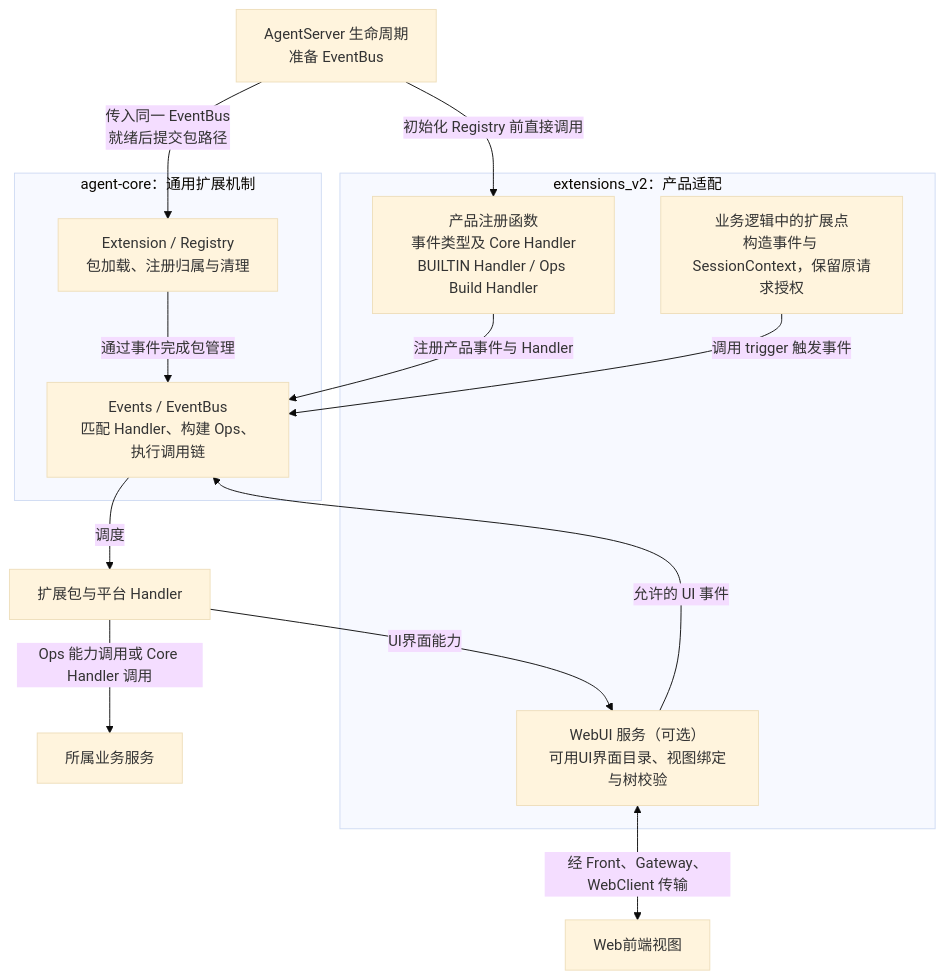
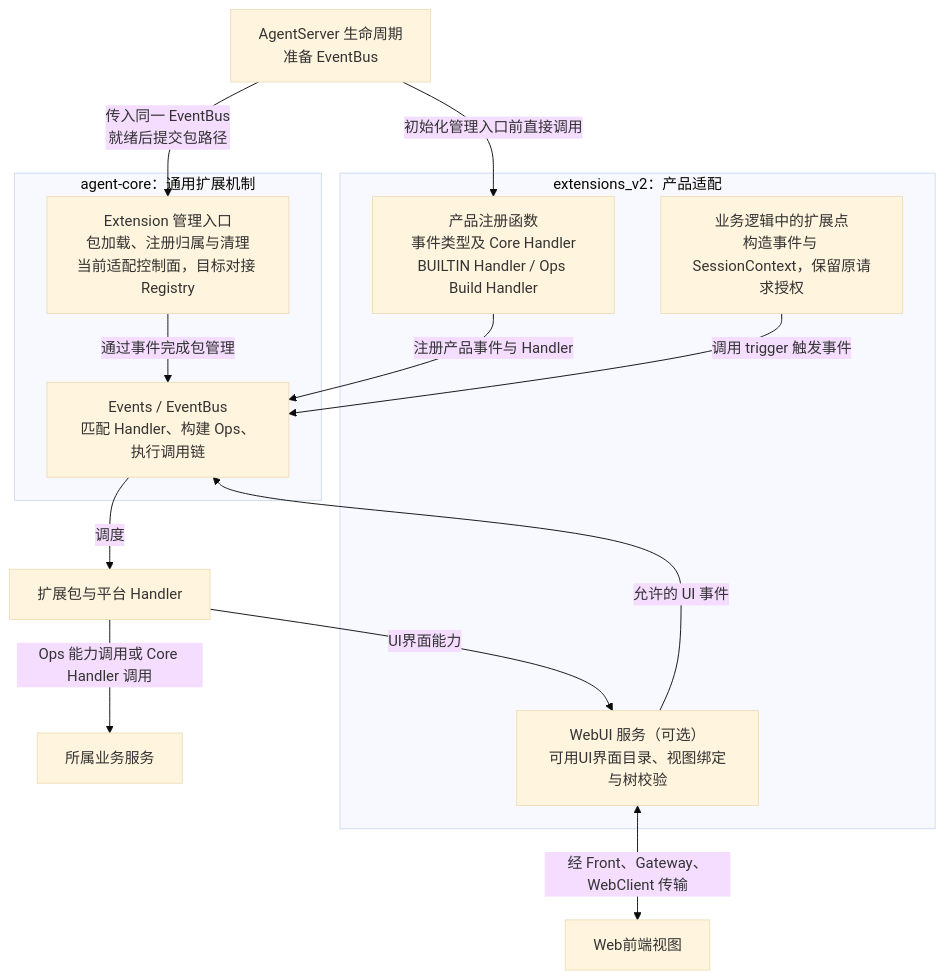
The diagram in jiuwenswarm/extensions_v2/docs/designs/extensions-v2-overview.md (openJiuwen-ai/jiuwenswarm), drawn with Mermaid (base theme) before and after one commit. The commit also changed other lines of this file and 3 other files, not shown here.

````diff
--- a/jiuwenswarm/extensions_v2/docs/designs/extensions-v2-overview.md
+++ b/jiuwenswarm/extensions_v2/docs/designs/extensions-v2-overview.md
@@ -50,22 +50,22 @@
 ```mermaid
 flowchart TB
-    Host["AgentServer 生命周期<br/>准备 EventBus"] -->|传入同一 EventBus<br/>就绪后提交包路径| Registry
+    Host["AgentServer 生命周期<br/>准备 EventBus"] -->|"传入同一 EventBus<br/>就绪后提交包路径"| Manager
     subgraph Core["agent-core：通用扩展机制"]
-        Registry["Extension / Registry<br/>包加载、注册归属与清理"]
+        Manager["Extension 管理入口<br/>包加载、注册归属与清理<br/>当前适配控制面，目标对接 Registry"]
         Bus["Events / EventBus<br/>匹配 Handler、构建 Ops、执行调用链"]
-        Registry -->|通过事件完成包管理| Bus
+        Manager -->|"通过事件完成包管理"| Bus
     end
     subgraph Adapter["extensions_v2：产品适配"]
         Catalog["产品注册函数<br/>事件类型及 Core Handler<br/>BUILTIN Handler / Ops Build Handler"]
         Entry["业务逻辑中的扩展点<br/>构造事件与 SessionContext，保留原请求授权"]
         UI["WebUI 服务（可选）<br/>可用UI界面目录、视图绑定与树校验"]
     end
-    Host -->|初始化 Registry 前直接调用| Catalog
+    Host -->|"初始化管理入口前直接调用"| Catalog
     Catalog -->|注册产品事件与 Handler| Bus
     Entry -->|调用 trigger 触发事件| Bus
     Bus -->|调度| Handlers["扩展包与平台 Handler"]
     Handlers -->|Ops 能力调用或 Core Handler 调用| Biz["所属业务服务"]
     Handlers -->|UI界面能力| UI
     UI -->|允许的 UI 事件| Bus
     UI <-->|经 Front、Gateway、WebClient 传输| FE["Web前端视图"]
 ```
````
